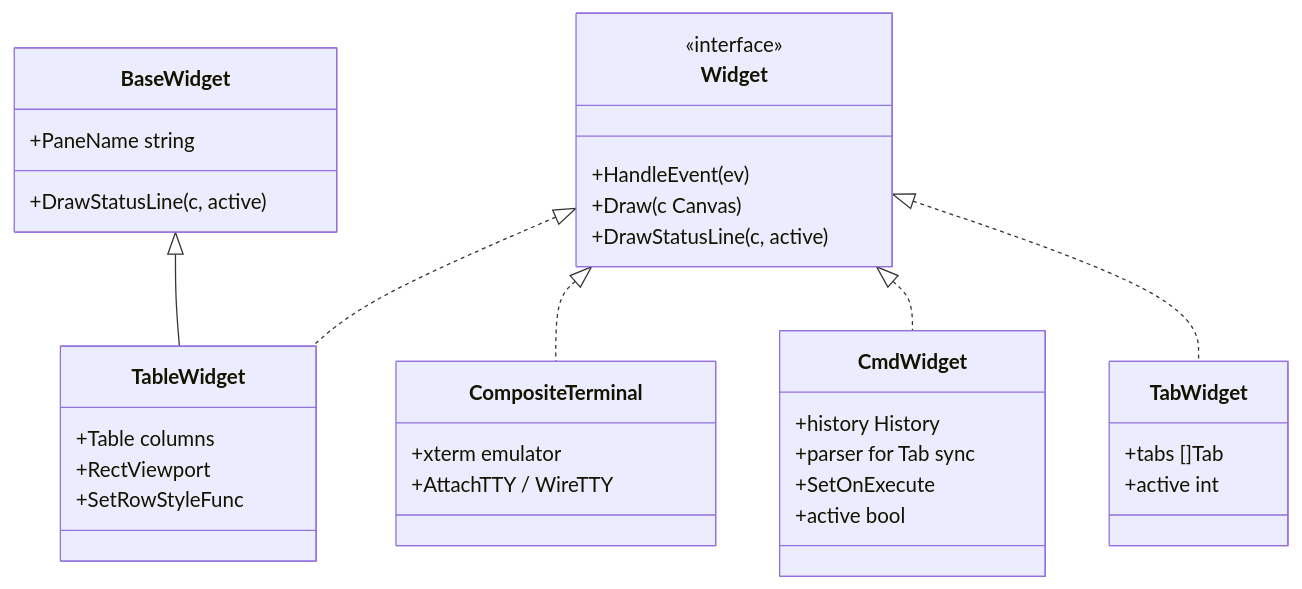
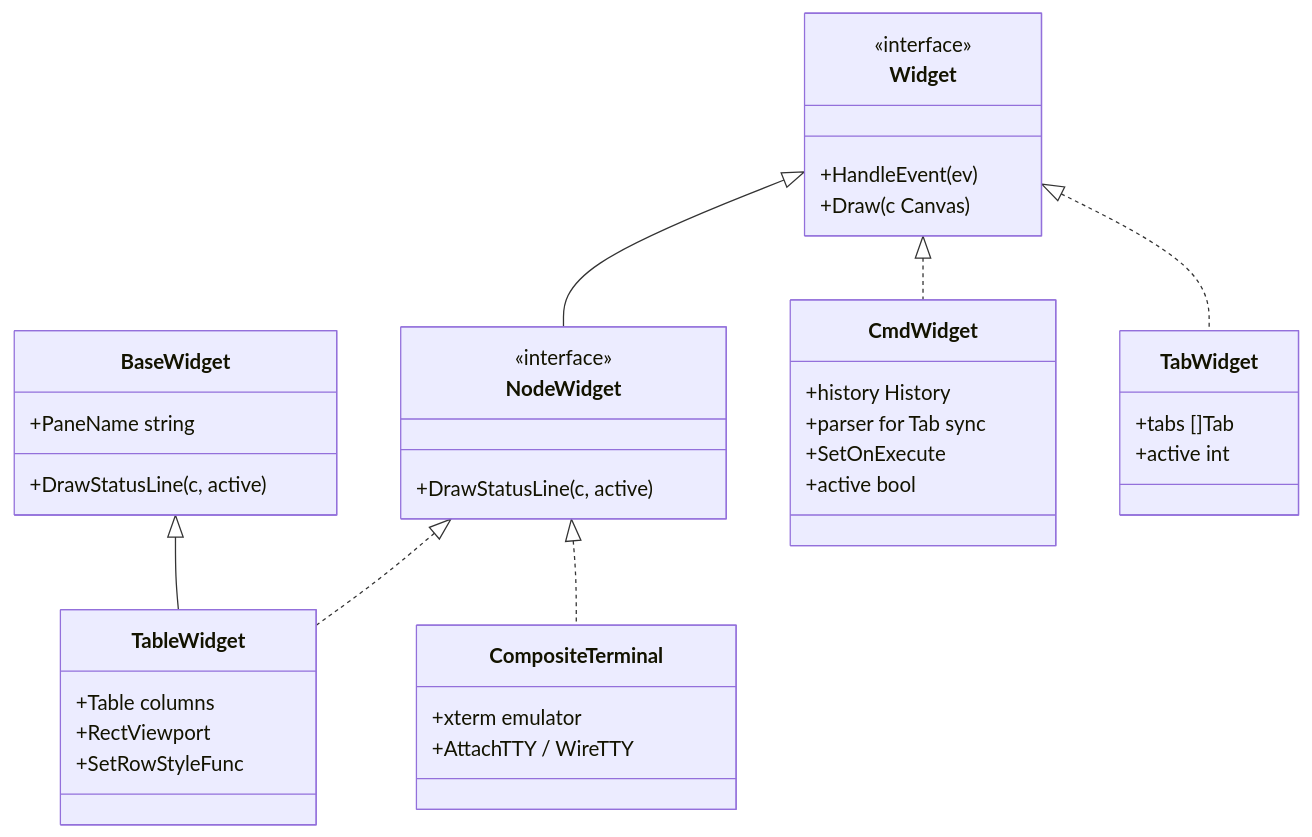
One commit to yairgd/termforge changed the first of 7 diagrams in docs/UI_ARCHITECTURE.md. Above: the diagram before and after it, drawn with Mermaid. The commit also changed other lines of this file and 18 other files, not shown here.

````diff
--- a/docs/UI_ARCHITECTURE.md
+++ b/docs/UI_ARCHITECTURE.md
@@ -68,45 +87,50 @@
 ```mermaid
 classDiagram
     direction TB
 
     class Widget {
         <<interface>>
         +HandleEvent(ev)
         +Draw(c Canvas)
+    }
+
+    class NodeWidget {
+        <<interface>>
         +DrawStatusLine(c, active)
     }
 
     class BaseWidget {
         +PaneName string
         +DrawStatusLine(c, active)
     }
 
     class TableWidget {
         +Table columns
         +RectViewport
         +SetRowStyleFunc
     }
 
     class CompositeTerminal {
         +xterm emulator
         +AttachTTY / WireTTY
     }
 
     class CmdWidget {
         +history History
         +parser for Tab sync
         +SetOnExecute
         +active bool
     }
 
     class TabWidget {
         +tabs []Tab
         +active int
     }
 
-    Widget <|.. TableWidget
-    Widget <|.. CompositeTerminal
+    Widget <|-- NodeWidget
+    NodeWidget <|.. TableWidget
+    NodeWidget <|.. CompositeTerminal
     Widget <|.. CmdWidget
     Widget <|.. TabWidget
     BaseWidget <|-- TableWidget
 ```
````
